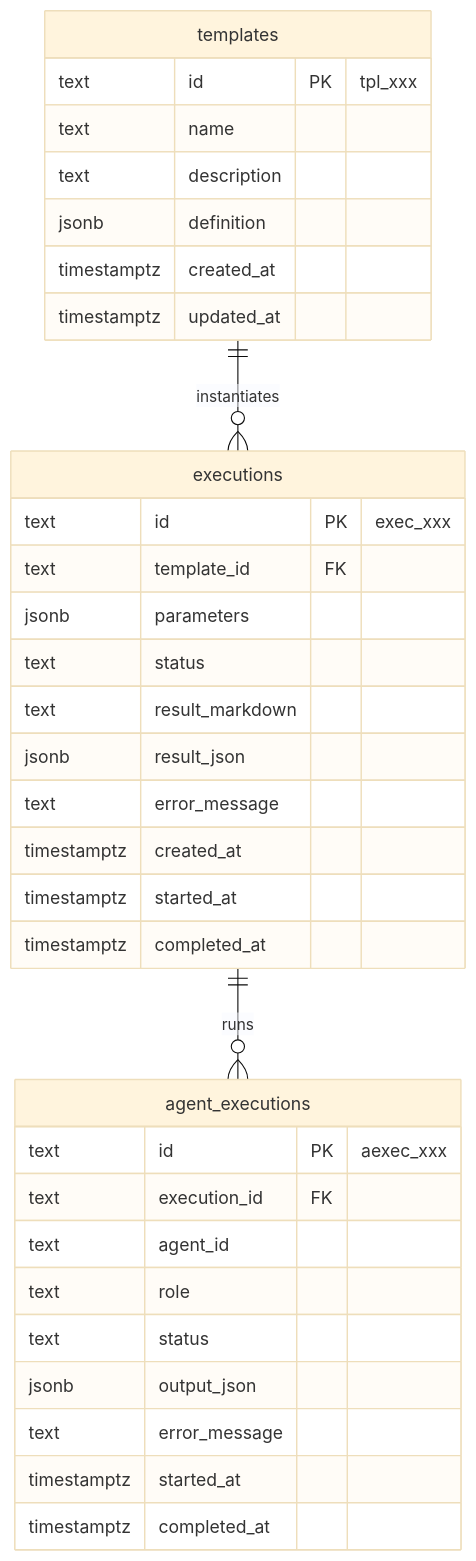
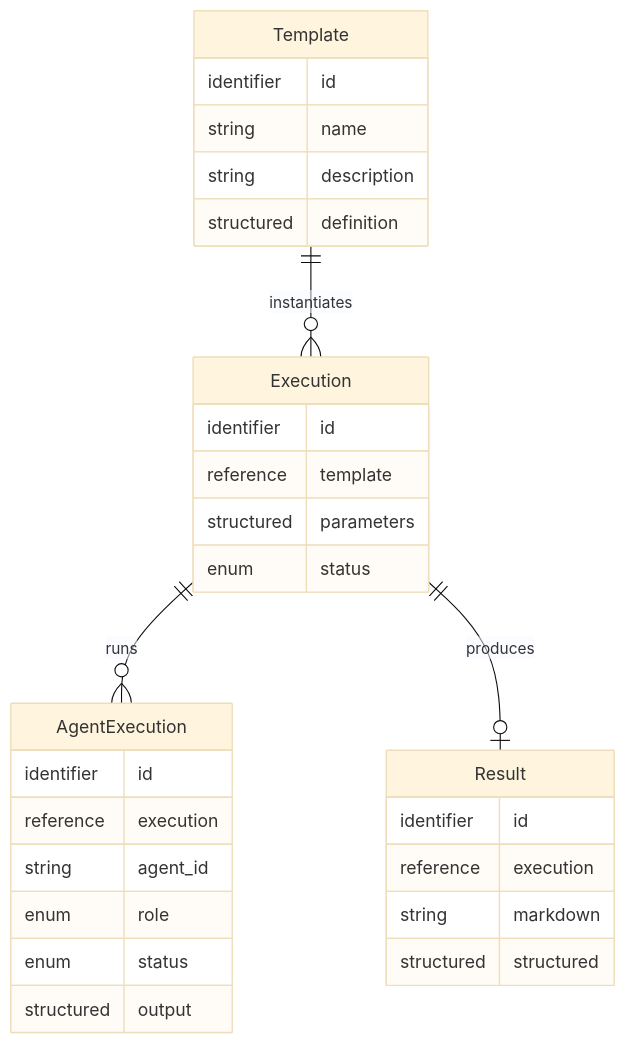
One commit to kuairen-227/agent-team-studio changed the first of 3 diagrams in docs/design/data-model.md. Above: the diagram before and after it, drawn with Mermaid (base theme). The commit also changed other lines of this file and 1 other file, not shown here.

````diff
--- a/docs/design/data-model.md
+++ b/docs/design/data-model.md
@@ -24,39 +22,33 @@
 ```mermaid
 erDiagram
-    templates ||--o{ executions : "instantiates"
-    executions ||--o{ agent_executions : "runs"
+    Template ||--o{ Execution : "instantiates"
+    Execution ||--o{ AgentExecution : "runs"
+    Execution ||--o| Result : "produces"
 
-    templates {
-        text id PK "tpl_xxx"
-        text name
-        text description
-        jsonb definition
-        timestamptz created_at
-        timestamptz updated_at
+    Template {
+        identifier id
+        string name
+        string description
+        structured definition
     }
-
-    executions {
-        text id PK "exec_xxx"
-        text template_id FK
-        jsonb parameters
-        text status
-        text result_markdown
-        jsonb result_json
-        text error_message
-        timestamptz created_at
-        timestamptz started_at
-        timestamptz completed_at
+    Execution {
+        identifier id
+        reference template
+        structured parameters
+        enum status
     }
-
-    agent_executions {
-        text id PK "aexec_xxx"
-        text execution_id FK
-        text agent_id
-        text role
-        text status
-        jsonb output_json
-        text error_message
-        timestamptz started_at
-        timestamptz completed_at
+    AgentExecution {
+        identifier id
+        reference execution
+        string agent_id
+        enum role
+        enum status
+        structured output
+    }
+    Result {
+        identifier id
+        reference execution
+        string markdown
+        structured structured
     }
 ```
````
